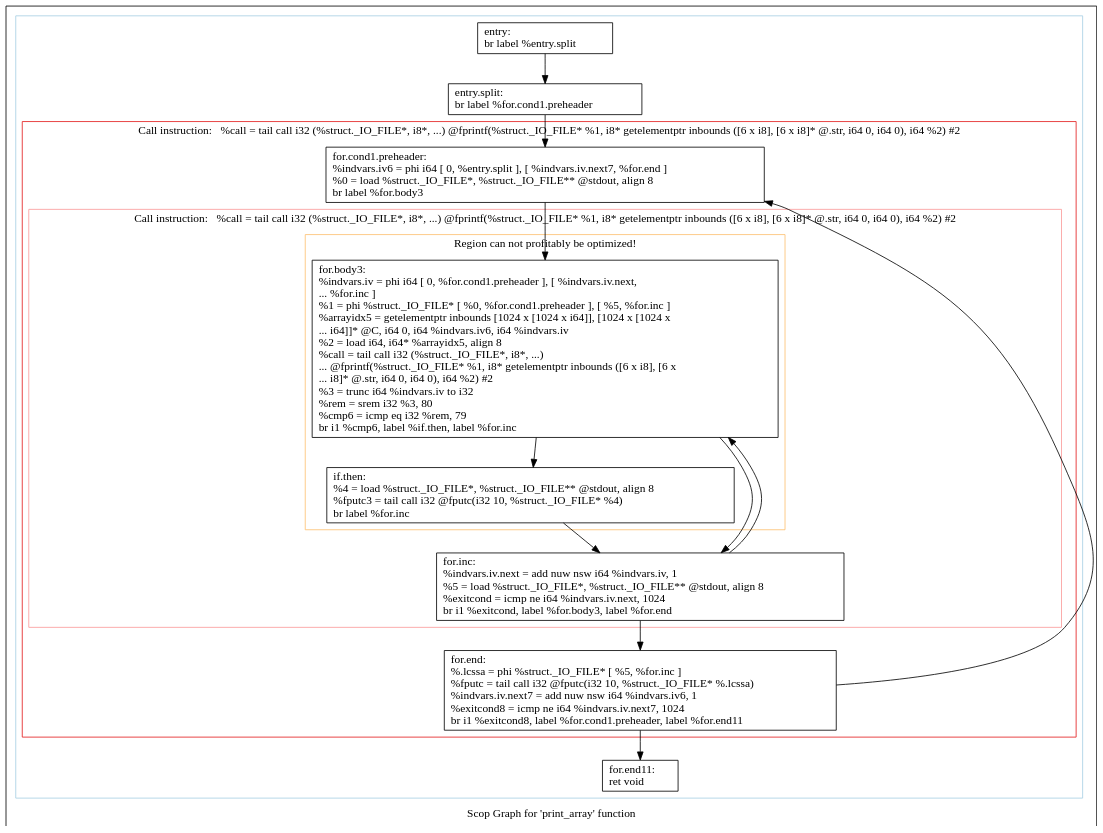
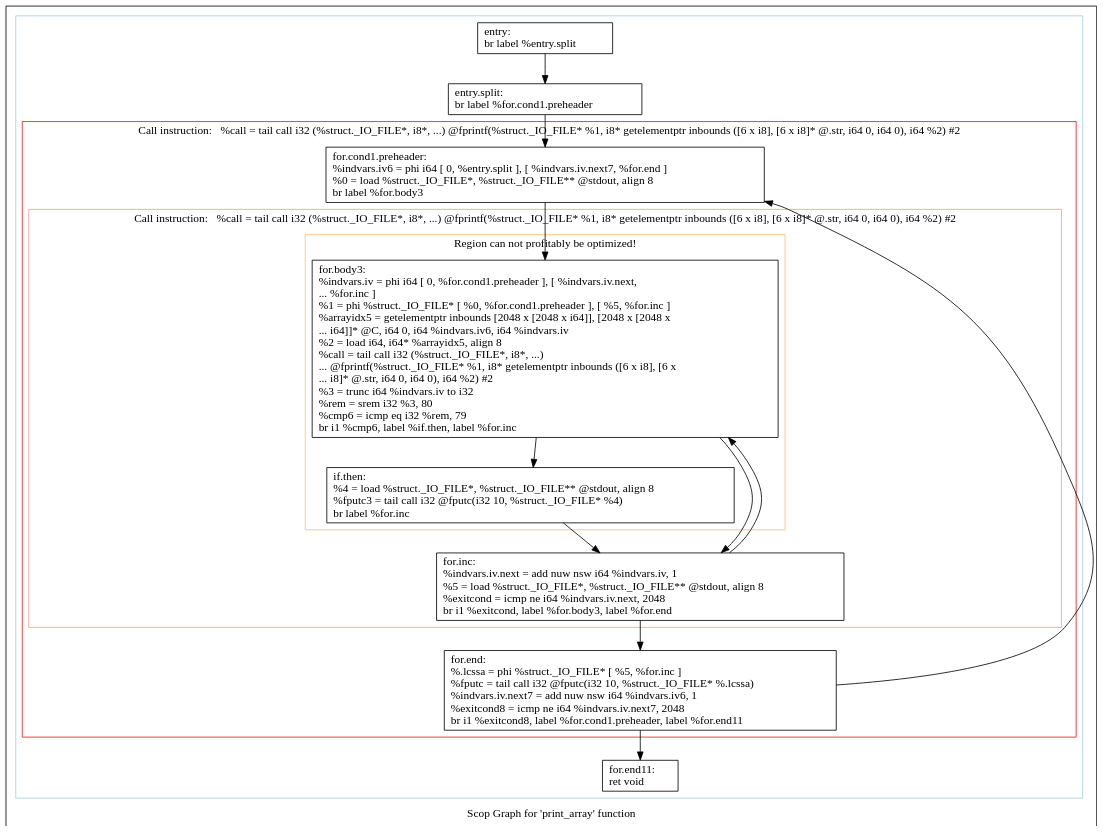
One commit to samminweng/WhileyOpenCL changed the diagram in polly/MatrixMult/impl/handwritten/dot/scops.print_array.dot. Above: the diagram before and after it, drawn with Graphviz. The commit also changed 27 other files, not shown here.

```diff
--- a/polly/MatrixMult/impl/handwritten/dot/scops.print_array.dot
+++ b/polly/MatrixMult/impl/handwritten/dot/scops.print_array.dot
@@ -1,51 +1,51 @@
 digraph "Scop Graph for 'print_array' function" {
 	label="Scop Graph for 'print_array' function";
 
-	Node0x6311640 [shape=record,label="{entry:\l  br label %entry.split\l}"];
-	Node0x6311640 -> Node0x6311600;
-	Node0x6311600 [shape=record,label="{entry.split:                                      \l  br label %for.cond1.preheader\l}"];
-	Node0x6311600 -> Node0x6320ec0;
-	Node0x6320ec0 [shape=record,label="{for.cond1.preheader:                              \l  %indvars.iv6 = phi i64 [ 0, %entry.split ], [ %indvars.iv.next7, %for.end ]\l  %0 = load %struct._IO_FILE*, %struct._IO_FILE** @stdout, align 8\l  br label %for.body3\l}"];
-	Node0x6320ec0 -> Node0x62fb000;
-	Node0x62fb000 [shape=record,label="{for.body3:                                        \l  %indvars.iv = phi i64 [ 0, %for.cond1.preheader ], [ %indvars.iv.next,\l... %for.inc ]\l  %1 = phi %struct._IO_FILE* [ %0, %for.cond1.preheader ], [ %5, %for.inc ]\l  %arrayidx5 = getelementptr inbounds [1024 x [1024 x i64]], [1024 x [1024 x\l... i64]]* @C, i64 0, i64 %indvars.iv6, i64 %indvars.iv\l  %2 = load i64, i64* %arrayidx5, align 8\l  %call = tail call i32 (%struct._IO_FILE*, i8*, ...)\l... @fprintf(%struct._IO_FILE* %1, i8* getelementptr inbounds ([6 x i8], [6 x\l... i8]* @.str, i64 0, i64 0), i64 %2) #2\l  %3 = trunc i64 %indvars.iv to i32\l  %rem = srem i32 %3, 80\l  %cmp6 = icmp eq i32 %rem, 79\l  br i1 %cmp6, label %if.then, label %for.inc\l}"];
-	Node0x62fb000 -> Node0x6321690;
-	Node0x62fb000 -> Node0x63216f0;
-	Node0x6321690 [shape=record,label="{if.then:                                          \l  %4 = load %struct._IO_FILE*, %struct._IO_FILE** @stdout, align 8\l  %fputc3 = tail call i32 @fputc(i32 10, %struct._IO_FILE* %4)\l  br label %for.inc\l}"];
-	Node0x6321690 -> Node0x63216f0;
-	Node0x63216f0 [shape=record,label="{for.inc:                                          \l  %indvars.iv.next = add nuw nsw i64 %indvars.iv, 1\l  %5 = load %struct._IO_FILE*, %struct._IO_FILE** @stdout, align 8\l  %exitcond = icmp ne i64 %indvars.iv.next, 1024\l  br i1 %exitcond, label %for.body3, label %for.end\l}"];
-	Node0x63216f0 -> Node0x62fb000[constraint=false];
-	Node0x63216f0 -> Node0x6321710;
-	Node0x6321710 [shape=record,label="{for.end:                                          \l  %.lcssa = phi %struct._IO_FILE* [ %5, %for.inc ]\l  %fputc = tail call i32 @fputc(i32 10, %struct._IO_FILE* %.lcssa)\l  %indvars.iv.next7 = add nuw nsw i64 %indvars.iv6, 1\l  %exitcond8 = icmp ne i64 %indvars.iv.next7, 1024\l  br i1 %exitcond8, label %for.cond1.preheader, label %for.end11\l}"];
-	Node0x6321710 -> Node0x6320ec0[constraint=false];
-	Node0x6321710 -> Node0x6321950;
-	Node0x6321950 [shape=record,label="{for.end11:                                        \l  ret void\l}"];
+	Node0x5ed9640 [shape=record,label="{entry:\l  br label %entry.split\l}"];
+	Node0x5ed9640 -> Node0x5ed9600;
+	Node0x5ed9600 [shape=record,label="{entry.split:                                      \l  br label %for.cond1.preheader\l}"];
+	Node0x5ed9600 -> Node0x5ee8ec0;
+	Node0x5ee8ec0 [shape=record,label="{for.cond1.preheader:                              \l  %indvars.iv6 = phi i64 [ 0, %entry.split ], [ %indvars.iv.next7, %for.end ]\l  %0 = load %struct._IO_FILE*, %struct._IO_FILE** @stdout, align 8\l  br label %for.body3\l}"];
+	Node0x5ee8ec0 -> Node0x5ec3000;
+	Node0x5ec3000 [shape=record,label="{for.body3:                                        \l  %indvars.iv = phi i64 [ 0, %for.cond1.preheader ], [ %indvars.iv.next,\l... %for.inc ]\l  %1 = phi %struct._IO_FILE* [ %0, %for.cond1.preheader ], [ %5, %for.inc ]\l  %arrayidx5 = getelementptr inbounds [2048 x [2048 x i64]], [2048 x [2048 x\l... i64]]* @C, i64 0, i64 %indvars.iv6, i64 %indvars.iv\l  %2 = load i64, i64* %arrayidx5, align 8\l  %call = tail call i32 (%struct._IO_FILE*, i8*, ...)\l... @fprintf(%struct._IO_FILE* %1, i8* getelementptr inbounds ([6 x i8], [6 x\l... i8]* @.str, i64 0, i64 0), i64 %2) #2\l  %3 = trunc i64 %indvars.iv to i32\l  %rem = srem i32 %3, 80\l  %cmp6 = icmp eq i32 %rem, 79\l  br i1 %cmp6, label %if.then, label %for.inc\l}"];
+	Node0x5ec3000 -> Node0x5ee9690;
+	Node0x5ec3000 -> Node0x5ee96f0;
+	Node0x5ee9690 [shape=record,label="{if.then:                                          \l  %4 = load %struct._IO_FILE*, %struct._IO_FILE** @stdout, align 8\l  %fputc3 = tail call i32 @fputc(i32 10, %struct._IO_FILE* %4)\l  br label %for.inc\l}"];
+	Node0x5ee9690 -> Node0x5ee96f0;
+	Node0x5ee96f0 [shape=record,label="{for.inc:                                          \l  %indvars.iv.next = add nuw nsw i64 %indvars.iv, 1\l  %5 = load %struct._IO_FILE*, %struct._IO_FILE** @stdout, align 8\l  %exitcond = icmp ne i64 %indvars.iv.next, 2048\l  br i1 %exitcond, label %for.body3, label %for.end\l}"];
+	Node0x5ee96f0 -> Node0x5ec3000[constraint=false];
+	Node0x5ee96f0 -> Node0x5ee9710;
+	Node0x5ee9710 [shape=record,label="{for.end:                                          \l  %.lcssa = phi %struct._IO_FILE* [ %5, %for.inc ]\l  %fputc = tail call i32 @fputc(i32 10, %struct._IO_FILE* %.lcssa)\l  %indvars.iv.next7 = add nuw nsw i64 %indvars.iv6, 1\l  %exitcond8 = icmp ne i64 %indvars.iv.next7, 2048\l  br i1 %exitcond8, label %for.cond1.preheader, label %for.end11\l}"];
+	Node0x5ee9710 -> Node0x5ee8ec0[constraint=false];
+	Node0x5ee9710 -> Node0x5ee9950;
+	Node0x5ee9950 [shape=record,label="{for.end11:                                        \l  ret void\l}"];
 	colorscheme = "paired12"
-        subgraph cluster_0x62faf30 {
+        subgraph cluster_0x5ec2f30 {
           label = "";
           style = solid;
           color = 1
-          subgraph cluster_0x63114d0 {
+          subgraph cluster_0x5ed94d0 {
             label = "Call instruction:   %call = tail call i32 (%struct._IO_FILE*, i8*, ...) @fprintf(%struct._IO_FILE* %1, i8* getelementptr inbounds ([6 x i8], [6 x i8]* @.str, i64 0, i64 0), i64 %2) #2";
             style = solid;
             color = 6
-            subgraph cluster_0x6311450 {
+            subgraph cluster_0x5ed9450 {
               label = "Call instruction:   %call = tail call i32 (%struct._IO_FILE*, i8*, ...) @fprintf(%struct._IO_FILE* %1, i8* getelementptr inbounds ([6 x i8], [6 x i8]* @.str, i64 0, i64 0), i64 %2) #2";
               style = solid;
               color = 5
-              subgraph cluster_0x63113d0 {
+              subgraph cluster_0x5ed93d0 {
                 label = "Region can not profitably be optimized!";
                 style = solid;
                 color = 7
-                Node0x62fb000;
-                Node0x6321690;
+                Node0x5ec3000;
+                Node0x5ee9690;
               }
-              Node0x63216f0;
+              Node0x5ee96f0;
             }
-            Node0x6320ec0;
-            Node0x6321710;
+            Node0x5ee8ec0;
+            Node0x5ee9710;
           }
-          Node0x6311640;
-          Node0x6311600;
-          Node0x6321950;
+          Node0x5ed9640;
+          Node0x5ed9600;
+          Node0x5ee9950;
         }
 }
```
